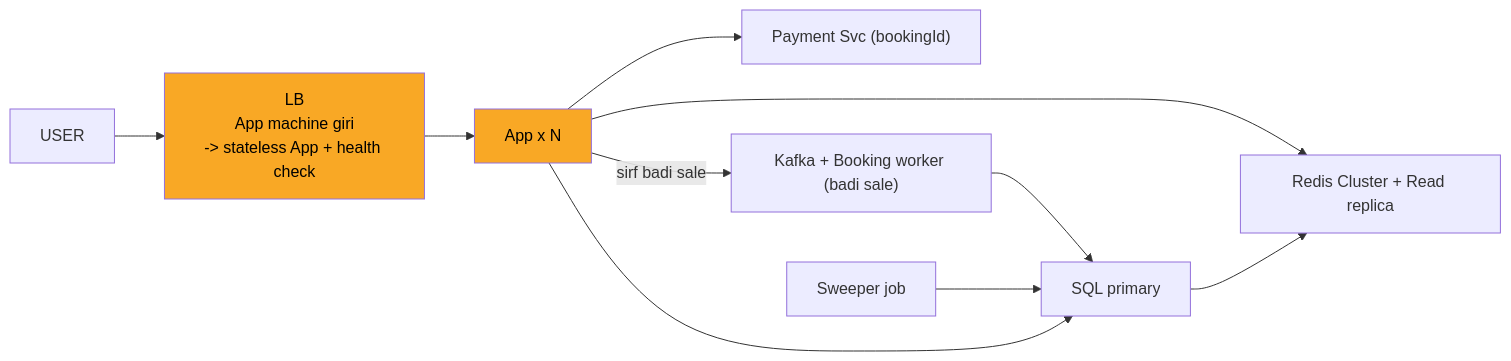
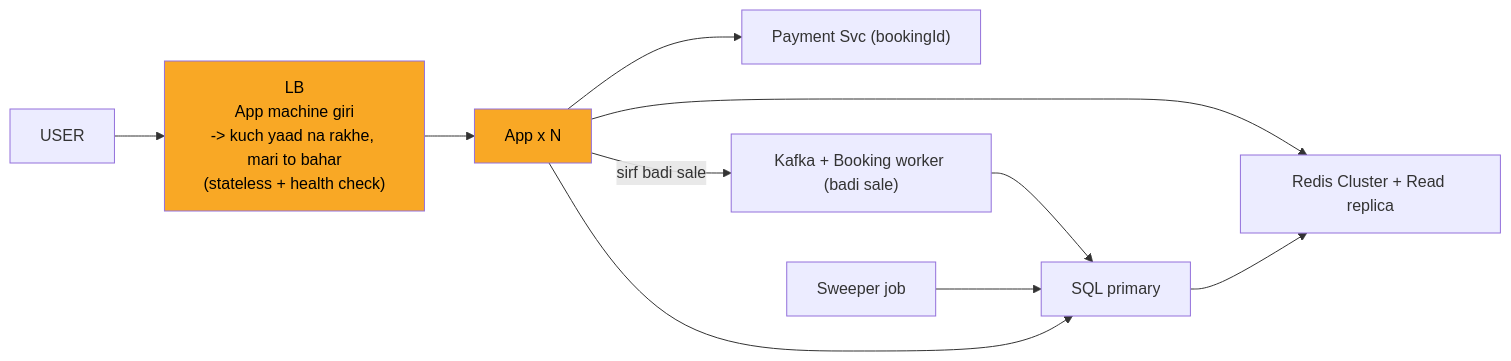
The eighth of 9 diagrams in 04_HLD/SYSTEM_DESIGNS/09_bookmyshow/09_bookmyshow_INTERVIEW.md (ArpanMaheshwari144/Prep), drawn with Mermaid before and after one commit. The commit also changed other lines of this file and 13 other files, not shown here.

````diff
--- a/04_HLD/SYSTEM_DESIGNS/09_bookmyshow/09_bookmyshow_INTERVIEW.md
+++ b/04_HLD/SYSTEM_DESIGNS/09_bookmyshow/09_bookmyshow_INTERVIEW.md
@@ -283,22 +283,22 @@
 ```mermaid
 flowchart LR
     n_USER["USER"]
-    n_LB["LB<br/>App machine giri<br/>-> stateless App + health check"]
+    n_LB["LB<br/>App machine giri<br/>-> kuch yaad na rakhe, mari to bahar<br/>(stateless + health check)"]
     n_App_xN["App x N"]
     n_Payment_Svc["Payment Svc (bookingId)"]
     n_RRR["Redis Cluster + Read replica"]
     n_KB["Kafka + Booking worker (badi sale)"]
     n_SQL_primary["SQL primary"]
     n_Sweeper_job["Sweeper job"]
     n_USER --> n_LB
     n_LB --> n_App_xN
     n_App_xN --> n_Payment_Svc
     n_App_xN --> n_RRR
     n_App_xN --> |sirf badi sale| n_KB
     n_KB --> n_SQL_primary
     n_Sweeper_job --> n_SQL_primary
     n_App_xN --> n_SQL_primary
     n_SQL_primary --> n_RRR
     style n_LB fill:#f9a825,color:#000
     style n_App_xN fill:#f9a825,color:#000
 ```
````
